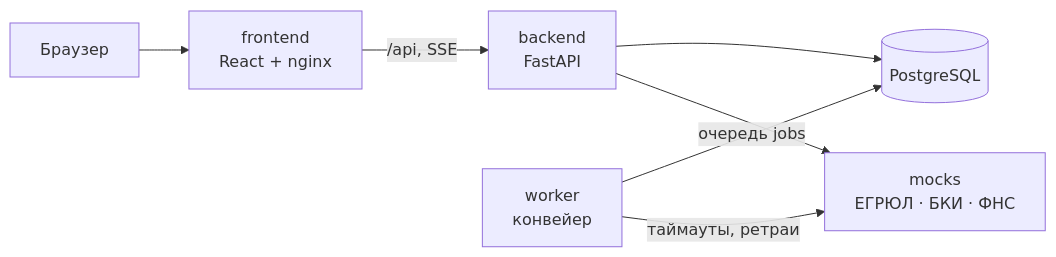
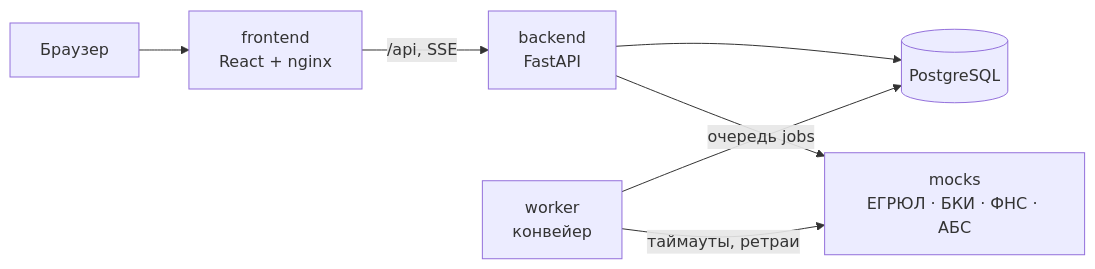
Before and after one commit to MrFerrumL/alpha-smart-credit-cabinet: the diagram in README.md, drawn with Mermaid. The commit also changed other lines of this file and 36 other files, not shown here.

````diff
--- a/README.md
+++ b/README.md
@@ -85,9 +98,9 @@
 ```mermaid
 flowchart LR
     U["Браузер"] --> FE["frontend<br/>React + nginx"]
     FE -- "/api, SSE" --> BE["backend<br/>FastAPI"]
     BE --> DB[("PostgreSQL")]
     WK["worker<br/>конвейер"] -- "очередь jobs" --> DB
-    WK -- "таймауты, ретраи" --> MK["mocks<br/>ЕГРЮЛ · БКИ · ФНС"]
+    WK -- "таймауты, ретраи" --> MK["mocks<br/>ЕГРЮЛ · БКИ · ФНС · АБС"]
     BE --> MK
 ```
````
